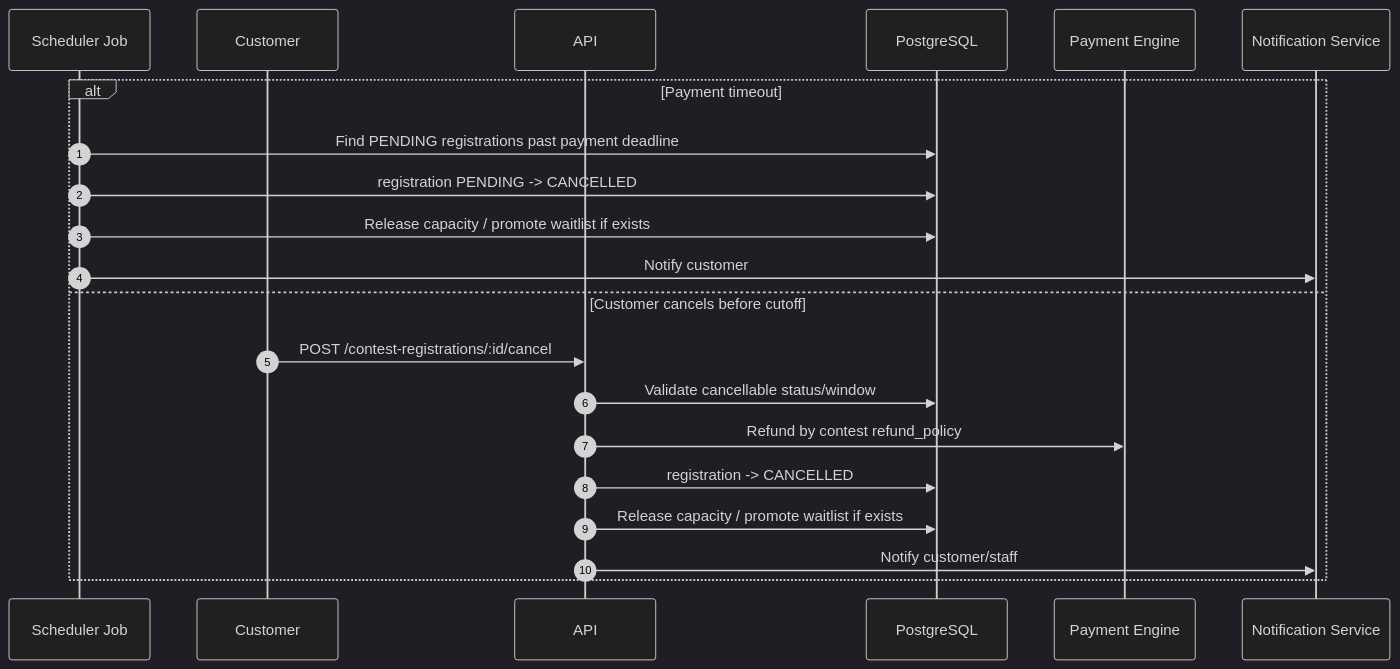
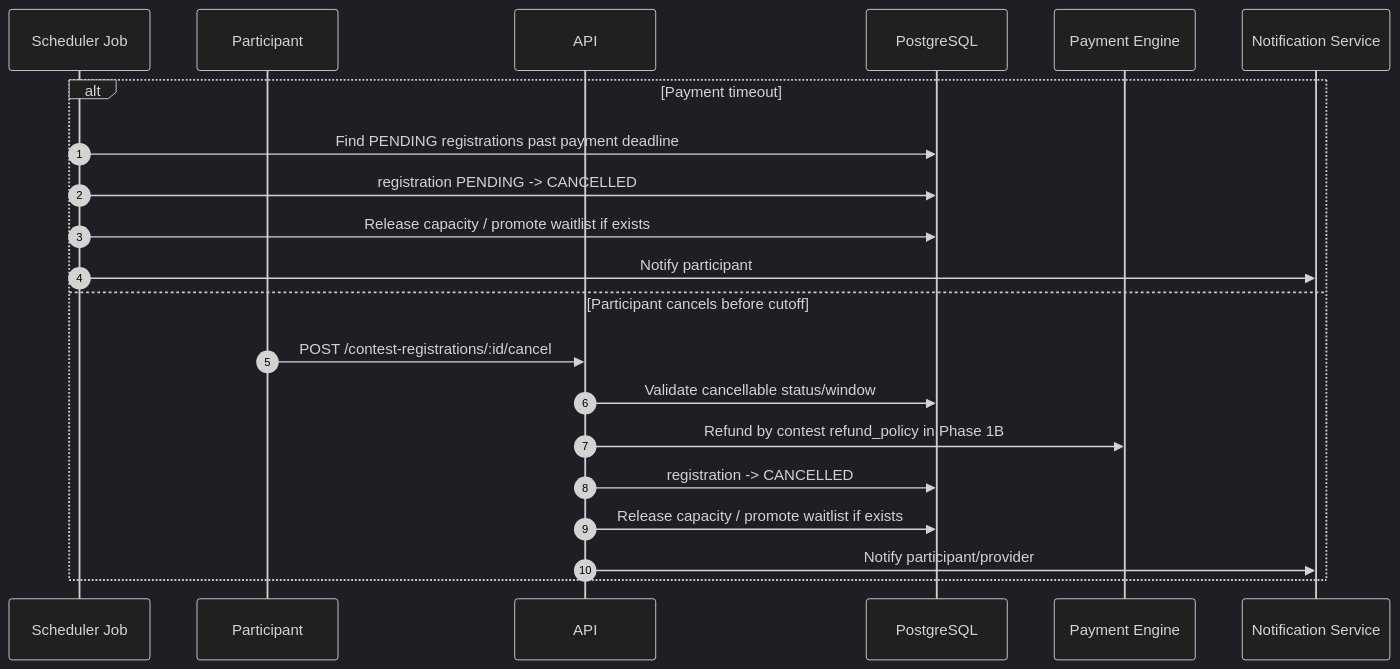
One commit to RCField-SEP490/rcfield-spec changed the fifth of 11 diagrams in docs/diagrams/sequence/sequence-flow-contest-lifecycle.md. Above: the diagram before and after it, drawn with Mermaid (dark theme). The commit also changed other lines of this file and 6 other files, not shown here.

Commit message:
docs: update contest multi-branch flow

````diff
--- a/docs/diagrams/sequence/sequence-flow-contest-lifecycle.md
+++ b/docs/diagrams/sequence/sequence-flow-contest-lifecycle.md
@@ -143,24 +168,24 @@
 ```mermaid
 sequenceDiagram
     autonumber
     participant Job as Scheduler Job
-    participant C as Customer
+    participant C as Participant
     participant API as API
     participant DB as PostgreSQL
     participant Pay as Payment Engine
     participant N as Notification Service
 
     alt Payment timeout
         Job->>DB: Find PENDING registrations past payment deadline
         Job->>DB: registration PENDING -> CANCELLED
         Job->>DB: Release capacity / promote waitlist if exists
-        Job->>N: Notify customer
-    else Customer cancels before cutoff
+        Job->>N: Notify participant
+    else Participant cancels before cutoff
         C->>API: POST /contest-registrations/:id/cancel
         API->>DB: Validate cancellable status/window
-        API->>Pay: Refund by contest refund_policy
+        API->>Pay: Refund by contest refund_policy in Phase 1B
         API->>DB: registration -> CANCELLED
         API->>DB: Release capacity / promote waitlist if exists
-        API->>N: Notify customer/staff
+        API->>N: Notify participant/provider
     end
 ```
````
